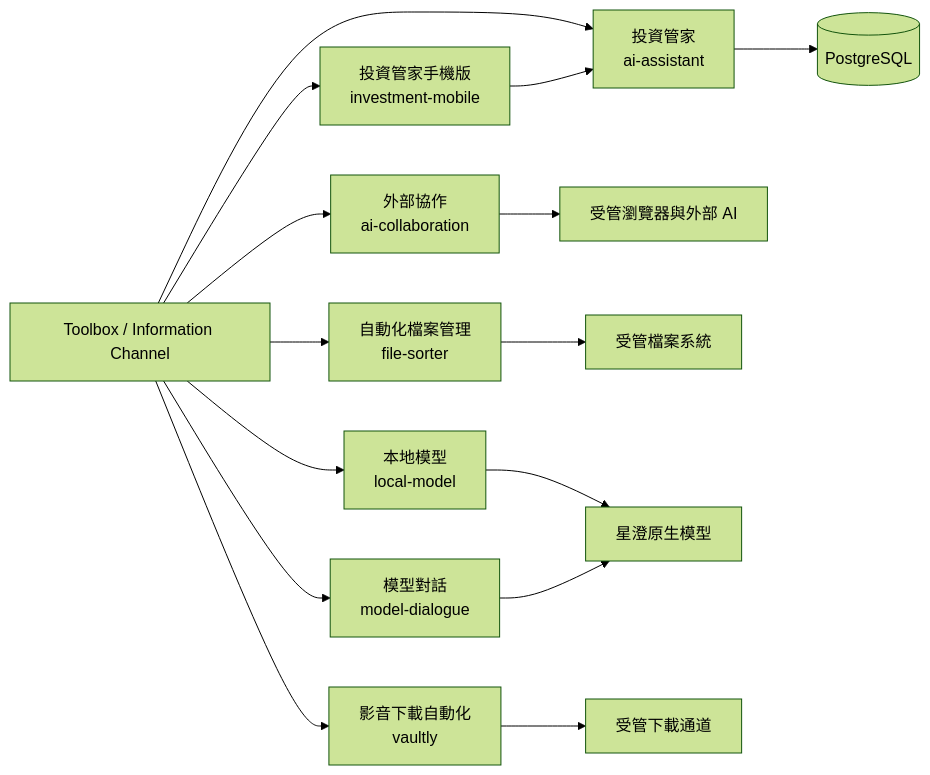
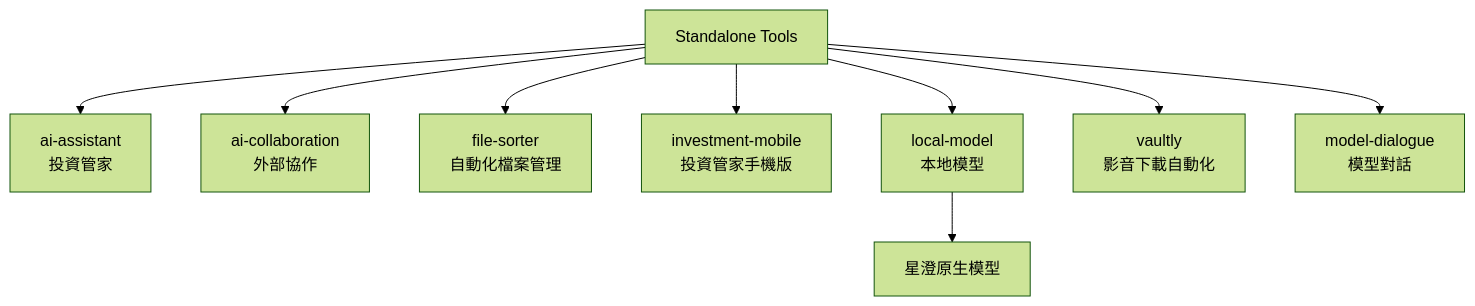
The third of 9 diagrams in governance_rule/codex/architecture-project.md (guilty442-source/GPTBridge), drawn with Mermaid (forest theme) before and after one commit. The commit also changed other lines of this file and 14 other files, not shown here.

Commit message:
codex sync 15:00:49Z: zh-TW mirror parts + architecture docs refreshed; formal rule evaluator codes renamed to canonical (_V1 suffix dropped; GO_RUST_NODE->GO_RUST_RUNTIME, JAX_PYTORCH->JAX_FRAMEWORK); release-dependencies pin

````diff
--- a/governance_rule/codex/architecture-project.md
+++ b/governance_rule/codex/architecture-project.md
@@ -138,19 +56,12 @@
 ```mermaid
-flowchart LR
-  TB[Toolbox / Information Channel]
-  TB --> T1[投資管家<br/>ai-assistant]
-  TB --> T2[外部協作<br/>ai-collaboration]
-  TB --> T3[自動化檔案管理<br/>file-sorter]
-  TB --> T4[投資管家手機版<br/>investment-mobile]
-  TB --> T5[本地模型<br/>local-model]
-  TB --> T6[影音下載自動化<br/>vaultly]
-  TB --> T7[模型對話<br/>model-dialogue]
-
-  T1 --> PG[(PostgreSQL)]
-  T2 --> WEB[受管瀏覽器與外部 AI]
-  T3 --> FSYS[受管檔案系統]
-  T4 --> T1
+flowchart TB
+  ROOT[Standalone Tools]
+  ROOT --> T1[ai-assistant<br/>投資管家]
+  ROOT --> T2[ai-collaboration<br/>外部協作]
+  ROOT --> T3[file-sorter<br/>自動化檔案管理]
+  ROOT --> T4[investment-mobile<br/>投資管家手機版]
+  ROOT --> T5[local-model<br/>本地模型]
+  ROOT --> T6[vaultly<br/>影音下載自動化]
+  ROOT --> T7[model-dialogue<br/>模型對話]
   T5 --> XC[星澄原生模型]
-  T6 --> NET[受管下載通道]
-  T7 --> XC
 ```
````
